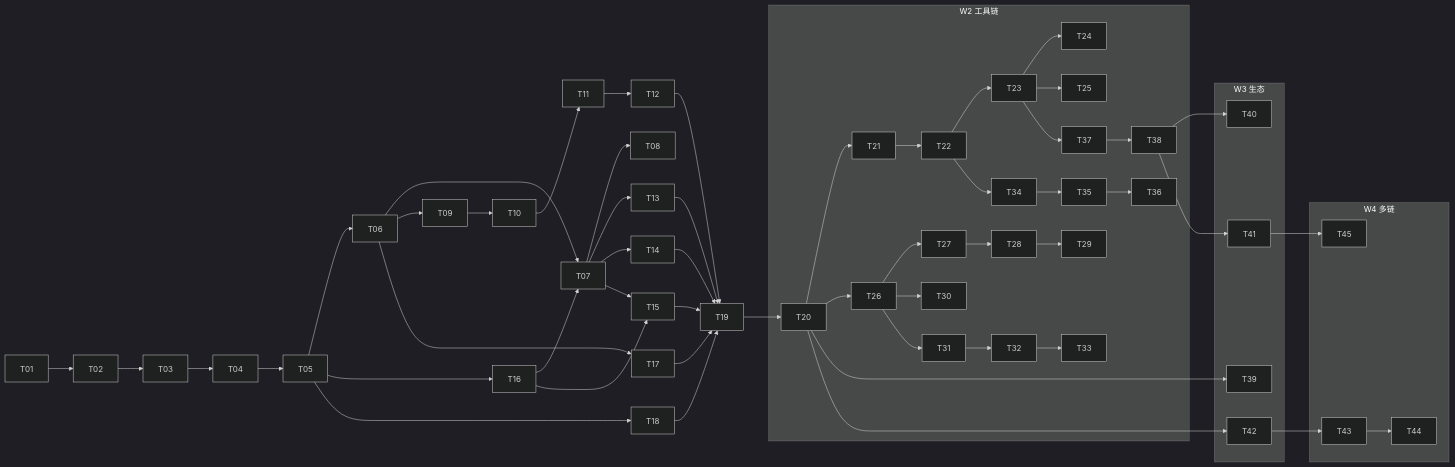
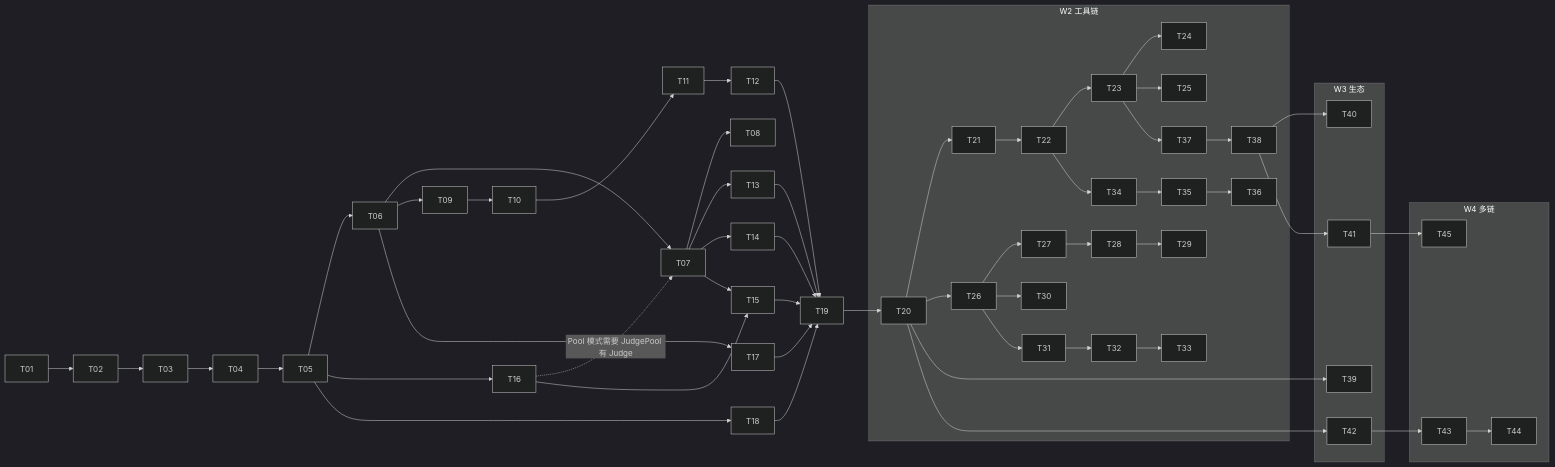
One commit to DaviRain-Su/gradience changed the diagram in docs/04-task-breakdown.md. Above: the diagram before and after it, drawn with Mermaid (dark theme). The commit also changed other lines of this file and 1 other file, not shown here.

````diff
--- a/docs/04-task-breakdown.md
+++ b/docs/04-task-breakdown.md
@@ -95,38 +95,38 @@
 ```mermaid
 flowchart LR
     T01 --> T02 --> T03 --> T04 --> T05
     T05 --> T06
     T06 --> T07 --> T08
     T06 --> T09 --> T10 --> T11 --> T12
     T07 --> T13
     T07 --> T14
     T05 --> T16
-    T16 --> T07
+    T16 -.->|Pool 模式需要 JudgePool 有 Judge| T07
     T16 --> T15
     T07 --> T15
     T06 --> T17
     T05 --> T18
     T12 & T13 & T14 & T15 & T17 & T18 --> T19 --> T20
 
     subgraph W2["W2 工具链"]
         T20 --> T21 --> T22 --> T23 --> T24
         T23 --> T25
         T20 --> T26 --> T27 --> T28 --> T29
         T26 --> T30
         T26 --> T31 --> T32 --> T33
         T22 --> T34 --> T35 --> T36
         T23 --> T37 --> T38
     end
 
     subgraph W3["W3 生态"]
         T20 --> T39
         T38 --> T40
         T38 --> T41
         T20 --> T42
     end
 
     subgraph W4["W4 多链"]
         T42 --> T43 --> T44
         T41 --> T45
     end
 ```
````
